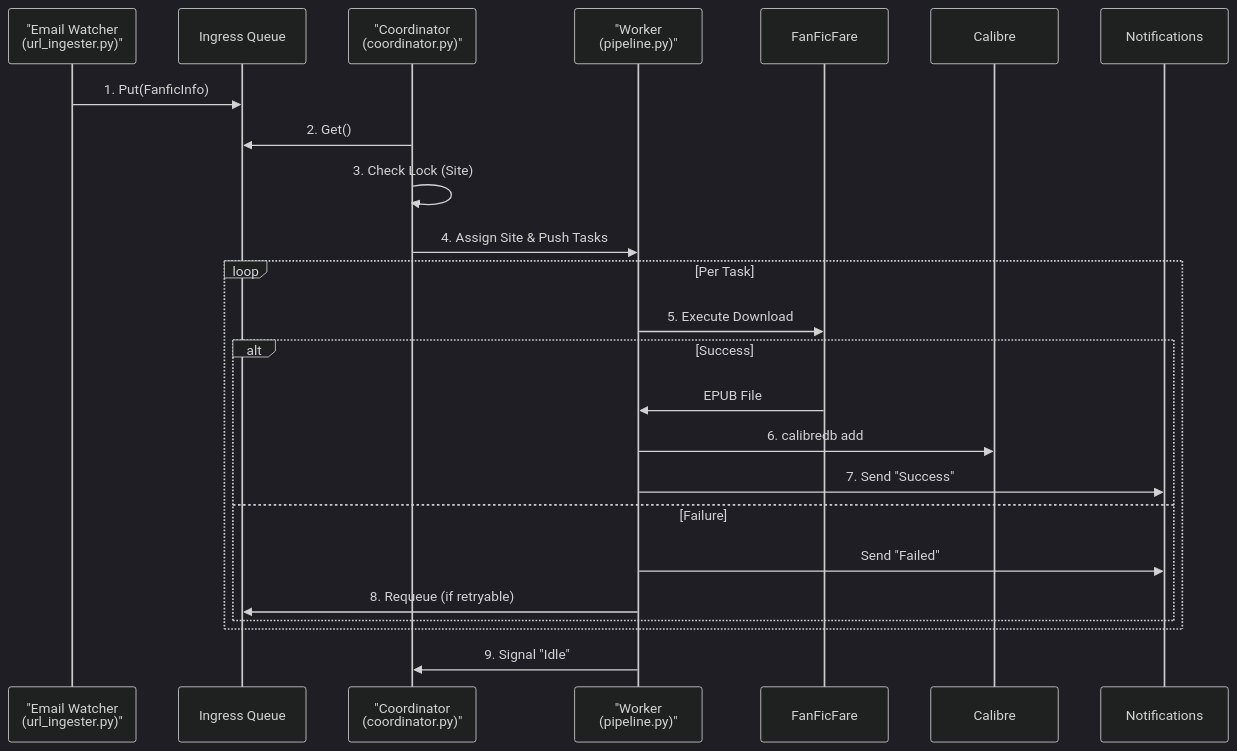
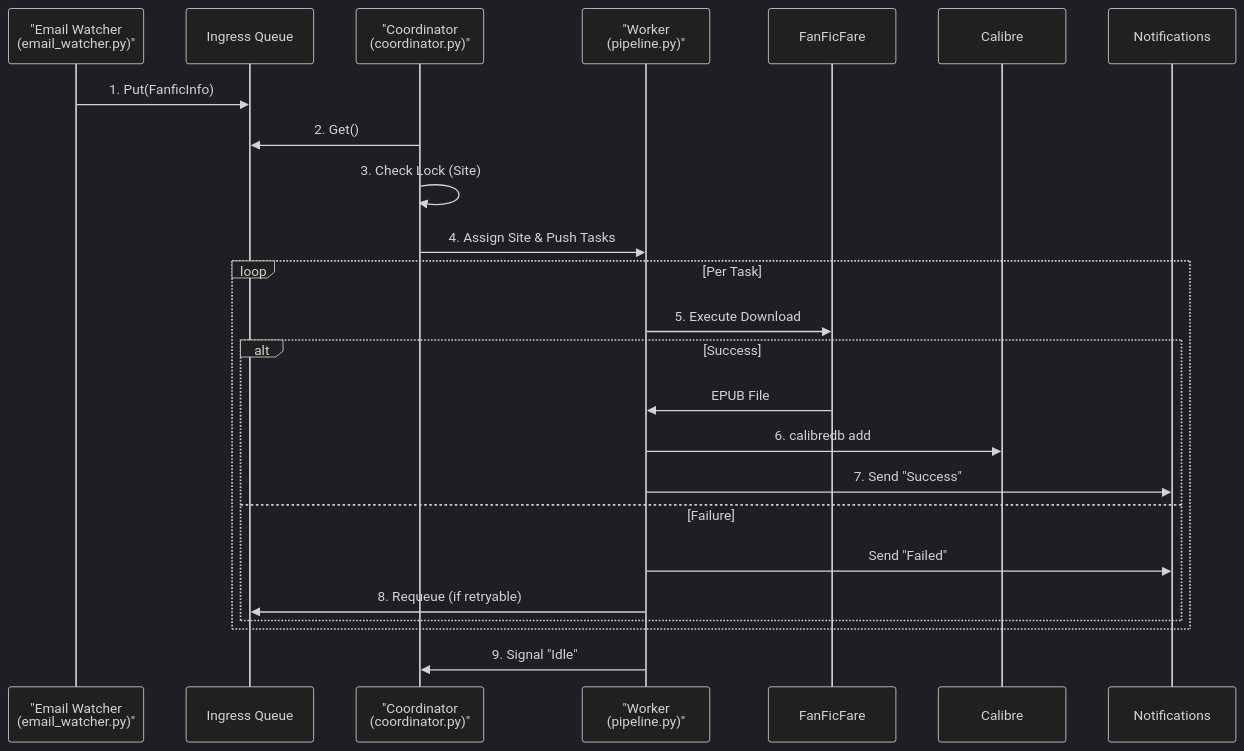
One commit to MrTyton/AutomatedFanfic changed the second of 2 diagrams in .github/project_architecture.md. Above: the diagram before and after it, drawn with Mermaid (dark theme). The commit also changed other lines of this file and 54 other files, not shown here.

Commit message:
fix: resolve all findings from second architectural audit

````diff
--- a/.github/project_architecture.md
+++ b/.github/project_architecture.md
@@ -96,29 +96,29 @@
 ```mermaid
 sequenceDiagram
-    participant Email as "Email Watcher<br/>(url_ingester.py)"
+    participant Email as "Email Watcher<br/>(email_watcher.py)"
     participant Ingress as Ingress Queue
     participant Coord as "Coordinator<br/>(coordinator.py)"
     participant Worker as "Worker<br/>(pipeline.py)"
     participant FF as FanFicFare
     participant Cal as Calibre
     participant Notif as Notifications
 
     Email->>Ingress: 1. Put(FanficInfo)
     Coord->>Ingress: 2. Get()
     Coord->>Coord: 3. Check Lock (Site)
     Coord->>Worker: 4. Assign Site & Push Tasks
 
     loop Per Task
         Worker->>FF: 5. Execute Download
         alt Success
             FF->>Worker: EPUB File
             Worker->>Cal: 6. calibredb add
             Worker->>Notif: 7. Send "Success"
         else Failure
             Worker->>Notif: Send "Failed"
             Worker->>Ingress: 8. Requeue (if retryable)
         end
     end
 
     Worker->>Coord: 9. Signal "Idle"
 ```
````
